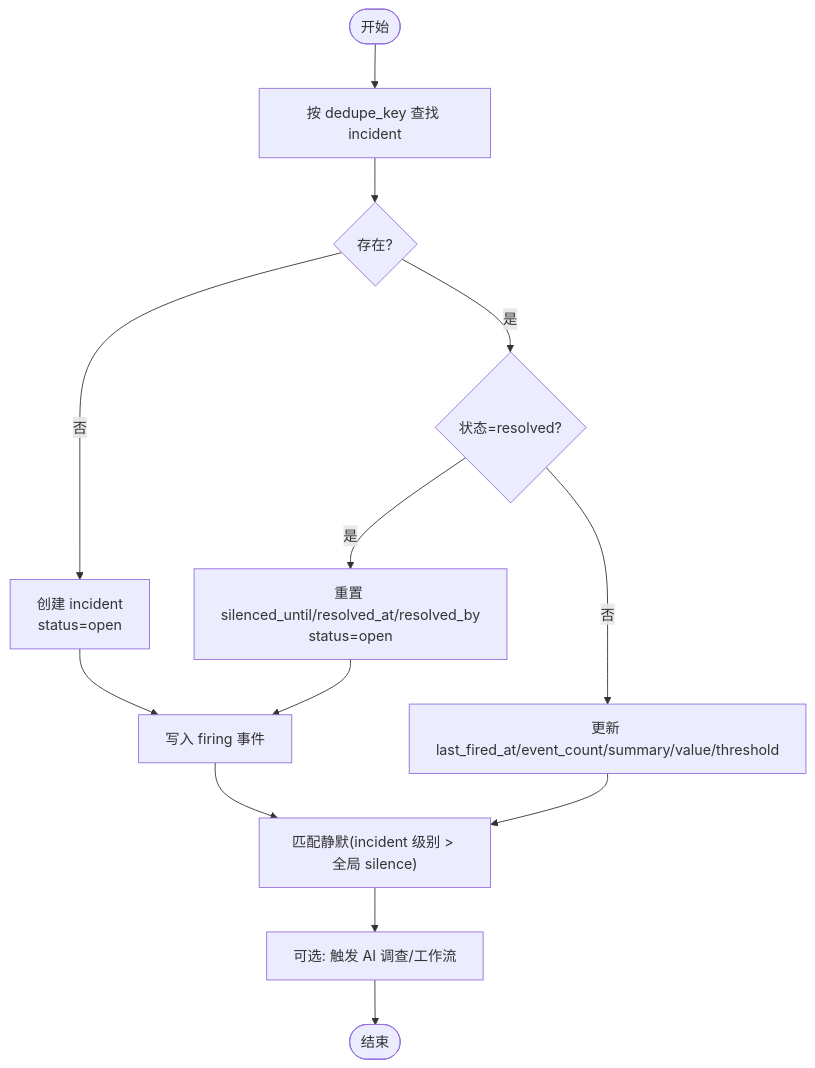
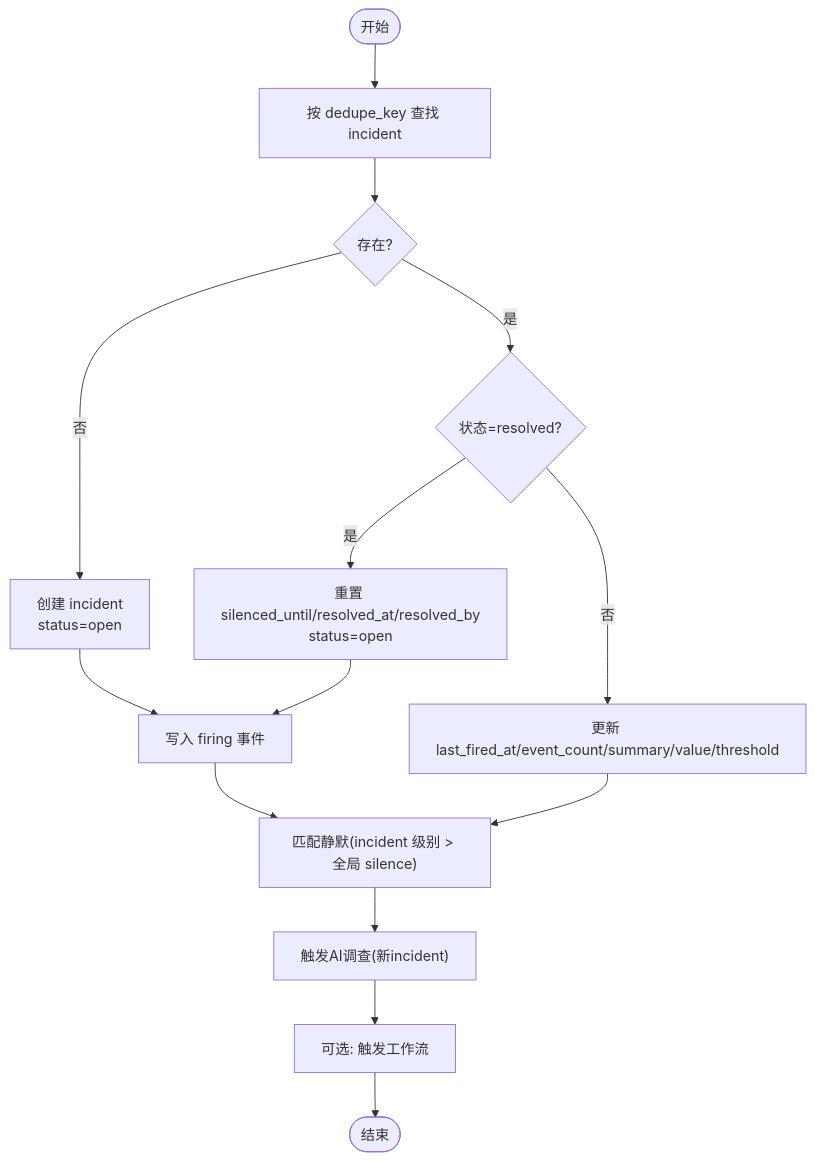
One commit to xied1133-oss/ongrid changed the fourth of 10 diagrams in .qoder/repowiki/zh/content/前端应用/API 集成/业务接口/告警管理接口/告警事件管理.md. Above: the diagram before and after it, drawn with Mermaid. The commit also changed other lines of this file and 298 other files, not shown here.

````diff
--- a/.qoder/repowiki/zh/content/前端应用/API 集成/业务接口/告警管理接口/告警事件管理.md
+++ b/.qoder/repowiki/zh/content/前端应用/API 集成/业务接口/告警管理接口/告警事件管理.md
@@ -155,15 +172,16 @@
 ```mermaid
 flowchart TD
 Start(["开始"]) --> CheckDedupe["按 dedupe_key 查找 incident"]
 CheckDedupe --> Found{"存在?"}
 Found -- 否 --> CreateInc["创建 incident<br/>status=open"]
 CreateInc --> WriteEvent["写入 firing 事件"]
 Found -- 是 --> StateCheck{"状态=resolved?"}
 StateCheck -- 是 --> Reopen["重置 silenced_until/resolved_at/resolved_by<br/>status=open"]
 StateCheck -- 否 --> Bump["更新 last_fired_at/event_count/summary/value/threshold"]
 Reopen --> WriteEvent
 Bump --> MatchSilence["匹配静默(incident 级别 > 全局 silence)"]
 WriteEvent --> MatchSilence
-MatchSilence --> Optional["可选: 触发 AI 调查/工作流"]
+MatchSilence --> TriggerAI["触发AI调查(新incident)"]
+TriggerAI --> Optional["可选: 触发工作流"]
 Optional --> End(["结束"])
 ```
````
